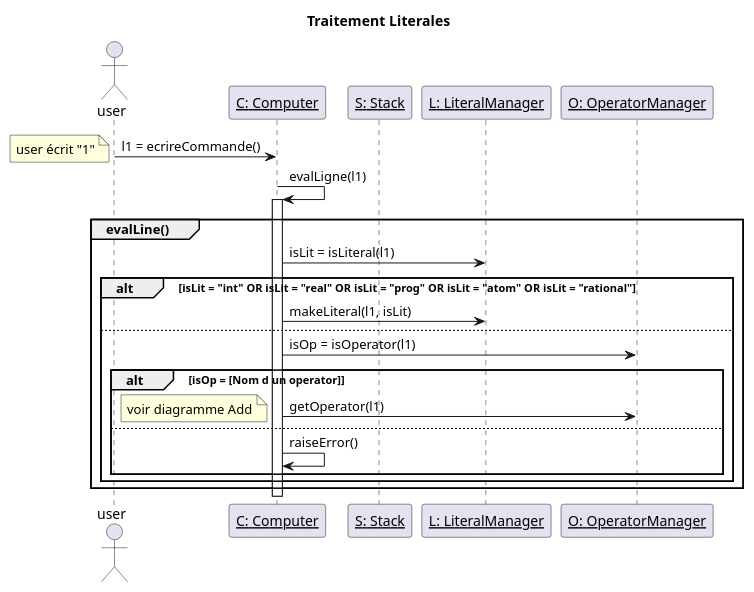
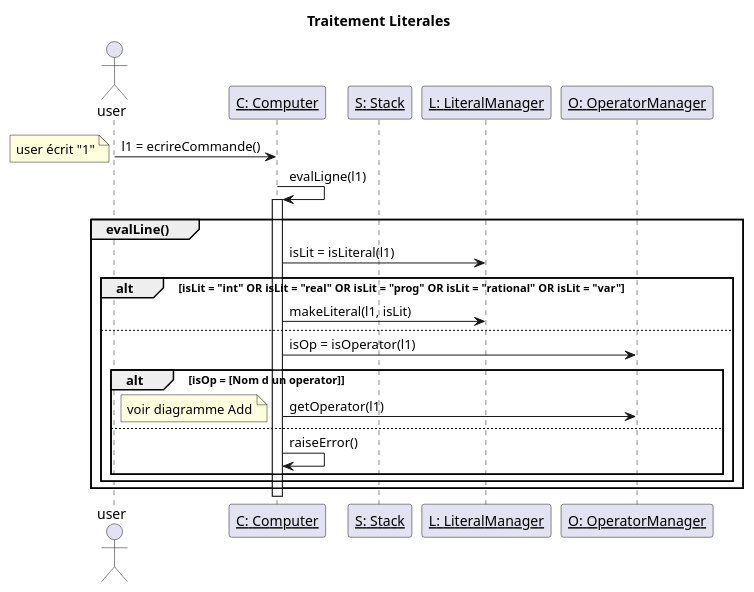
Before and after one commit to pltheoclement/LO21: the diagram in UML/diagrammeSequencetraitementLiteral.plantuml, drawn with PlantUML. The commit also changed 1 other file, not shown here.

Commit message:
Ajout d'un diagramme d'activité de traitement d'une commande

```diff
--- a/UML/diagrammeSequencetraitementLiteral.plantuml
+++ b/UML/diagrammeSequencetraitementLiteral.plantuml
@@ -1,31 +1,31 @@
 @startuml
 title Traitement Literales
 
 actor user
 
 participant "__C: Computer__" as Computer
 participant "__S: Stack__" as Stack
 participant "__L: LiteralManager__" as LiteralManager
 participant "__O: OperatorManager__" as OperatorManager
 
 user -> Computer : l1 = ecrireCommande()
 note left: user écrit "1"
 Computer -> Computer : evalLigne(l1)
 activate Computer
 group evalLine()
   Computer -> LiteralManager : isLit = isLiteral(l1)
-  alt isLit = "int" OR isLit = "real" OR isLit = "prog" OR isLit = "atom" OR isLit = "rational"
+  alt isLit = "int" OR isLit = "real" OR isLit = "prog" OR isLit = "rational" OR isLit = "var"
     Computer -> LiteralManager : makeLiteral(l1, isLit)
   else
     Computer -> OperatorManager : isOp = isOperator(l1)
     alt isOp = [Nom d un operator]
       Computer -> OperatorManager:getOperator(l1)
       note left: voir diagramme Add
     else
       Computer -> Computer : raiseError()
     end
   end
 
 end
 
 @enduml
```
